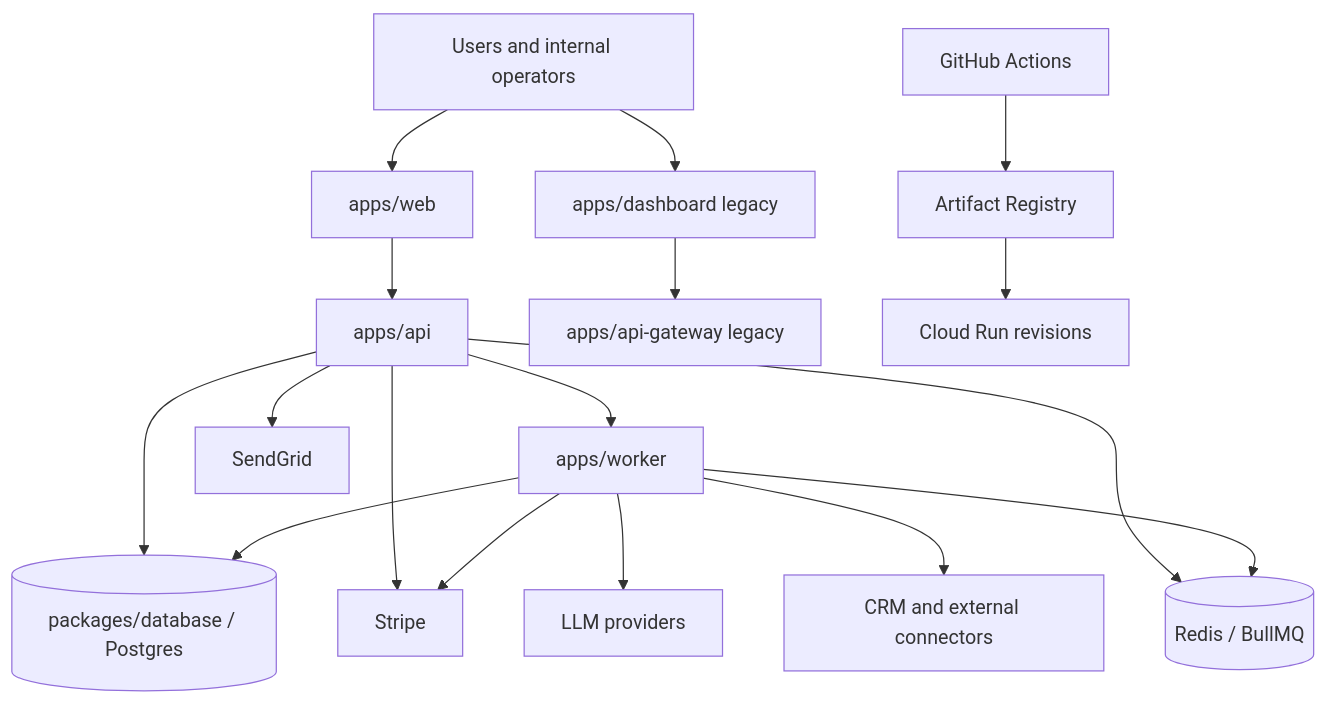
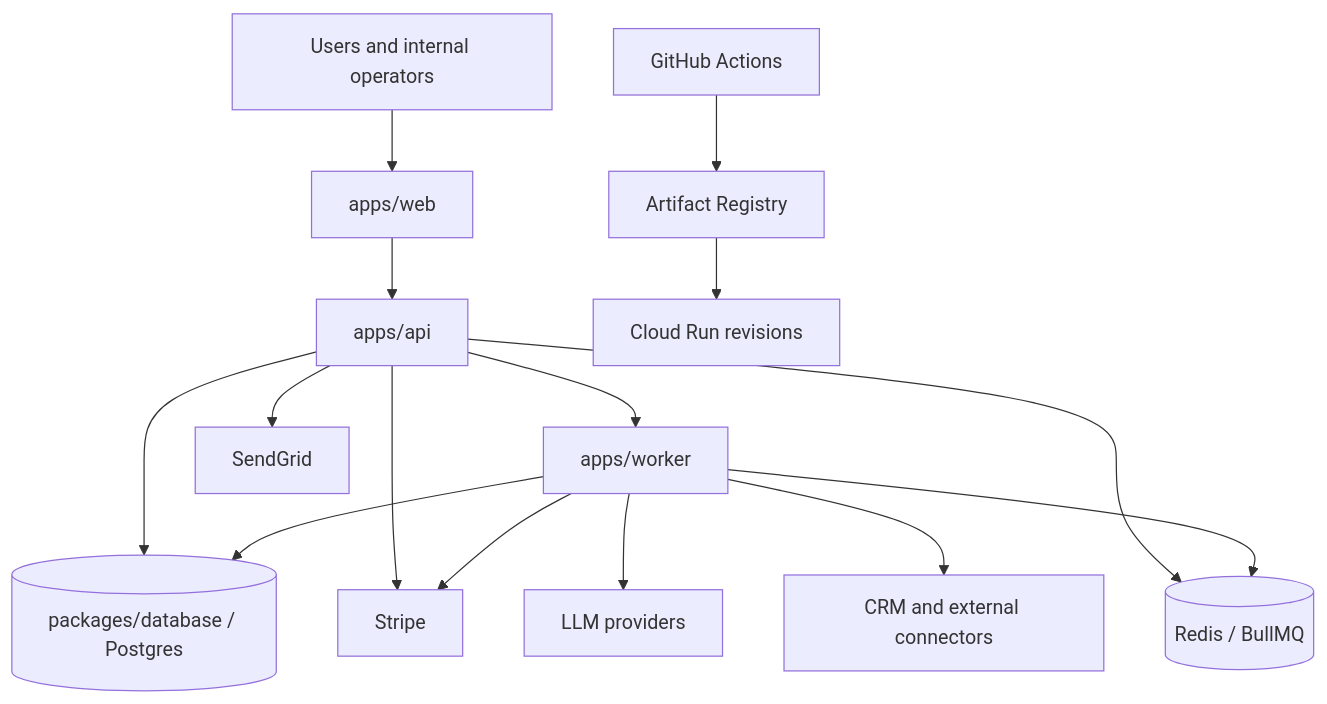
One commit to MaarksN/PROJETO-FINAL-BIRTHUB-360-INNOVATION changed the first of 3 diagrams in docs/f10/architecture.md. Above: the diagram before and after it, drawn with Mermaid. The commit also changed other lines of this file and 10 other files, not shown here.

````diff
--- a/docs/f10/architecture.md
+++ b/docs/f10/architecture.md
@@ -16,19 +16,17 @@
 ```mermaid
 graph TD
   Users[Users and internal operators] --> Web[apps/web]
-  Users --> Dashboard[apps/dashboard legacy]
   Web --> Api[apps/api]
-  Dashboard --> ApiGateway[apps/api-gateway legacy]
   Api --> Worker[apps/worker]
   Api --> Database[(packages/database / Postgres)]
   Worker --> Database
   Api --> Stripe[Stripe]
   Worker --> Stripe
   Api --> SendGrid[SendGrid]
   Worker --> LLM[LLM providers]
   Worker --> CRM[CRM and external connectors]
   Api --> Redis[(Redis / BullMQ)]
   Worker --> Redis
   GitHub[GitHub Actions] --> Registry[Artifact Registry]
   Registry --> CloudRun[Cloud Run revisions]
 ```
````
